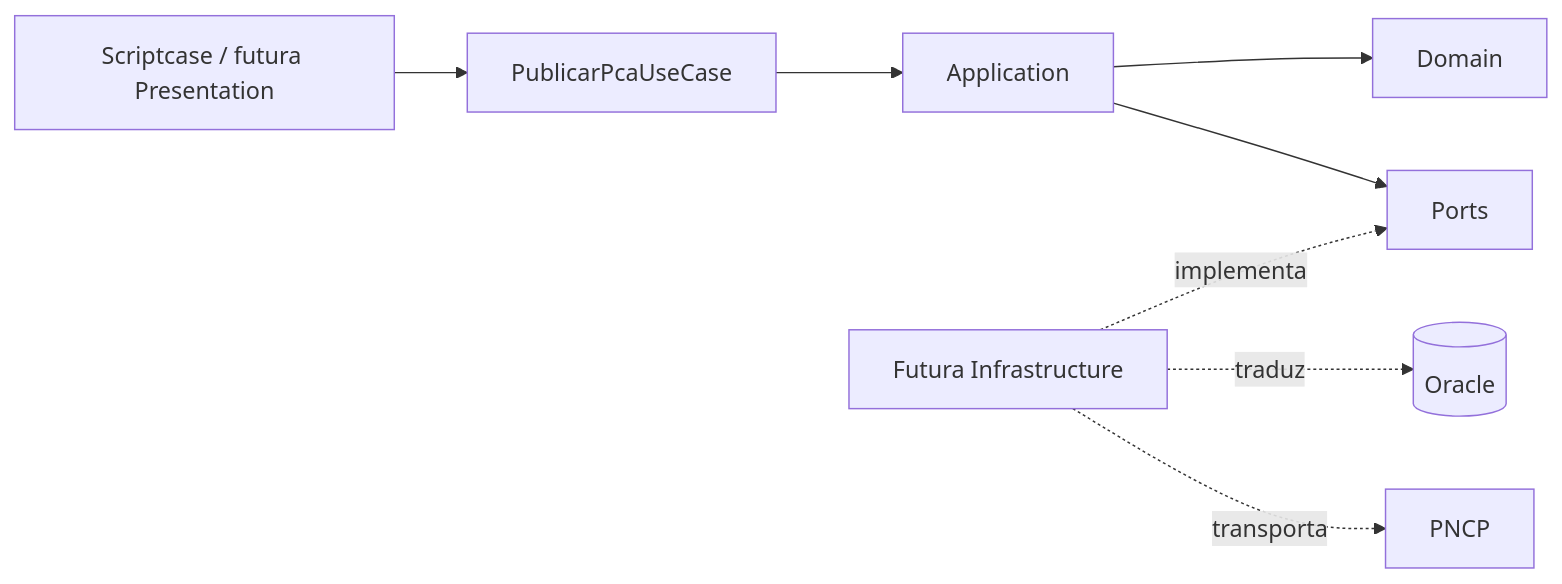
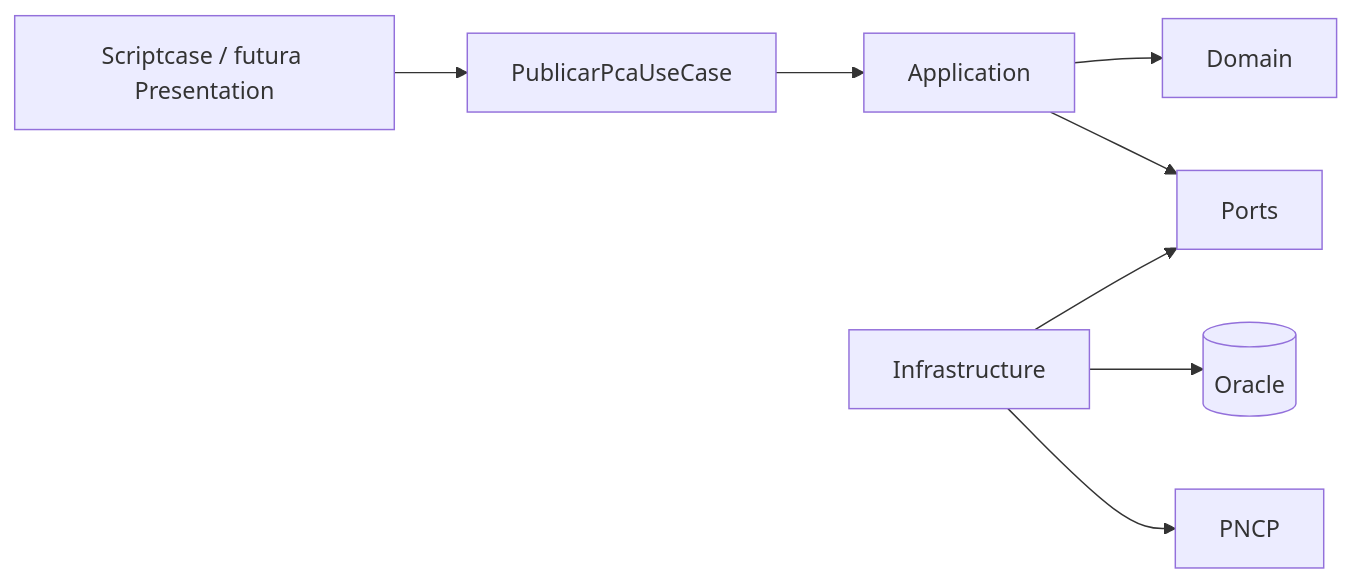
Before and after one commit to JhonnyRodrigues/pca-pncp-backend: the first of 3 diagrams in docs/vigentes/apoio/guia_de_leitura_do_codigo.md, drawn with Mermaid. The commit also changed other lines of this file and 312 other files, not shown here.

````diff
--- a/docs/vigentes/apoio/guia_de_leitura_do_codigo.md
+++ b/docs/vigentes/apoio/guia_de_leitura_do_codigo.md
@@ -15,10 +16,10 @@
 ```mermaid
 flowchart LR
     H[Scriptcase / futura Presentation] --> U[PublicarPcaUseCase]
     U --> A[Application]
     A --> D[Domain]
     A --> P[Ports]
-    I[Futura Infrastructure] -. implementa .-> P
-    I -. traduz .-> O[(Oracle)]
-    I -. transporta .-> N[PNCP]
+    I[Infrastructure] --> P
+    I --> O[(Oracle)]
+    I --> N[PNCP]
 ```
````
